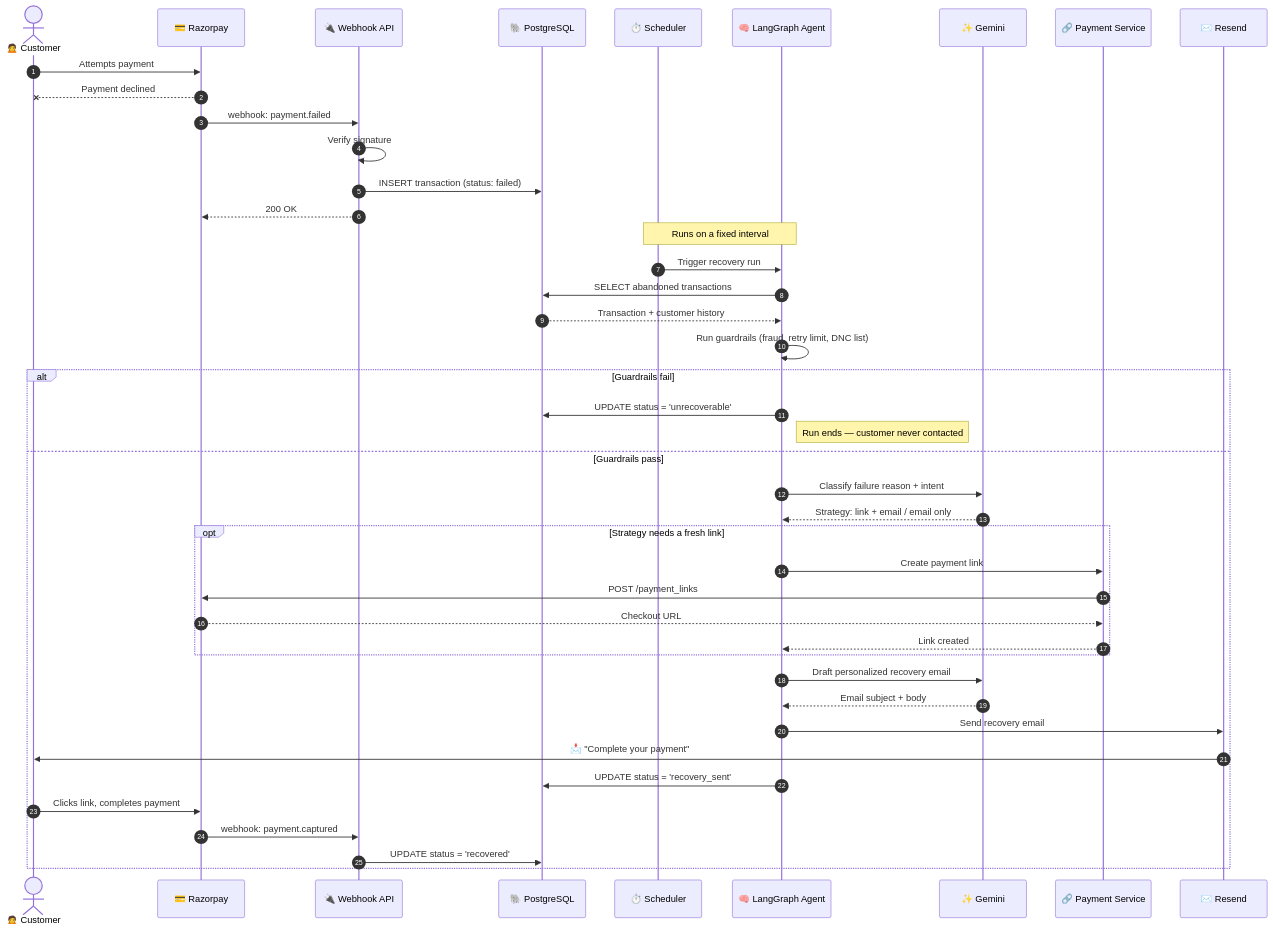
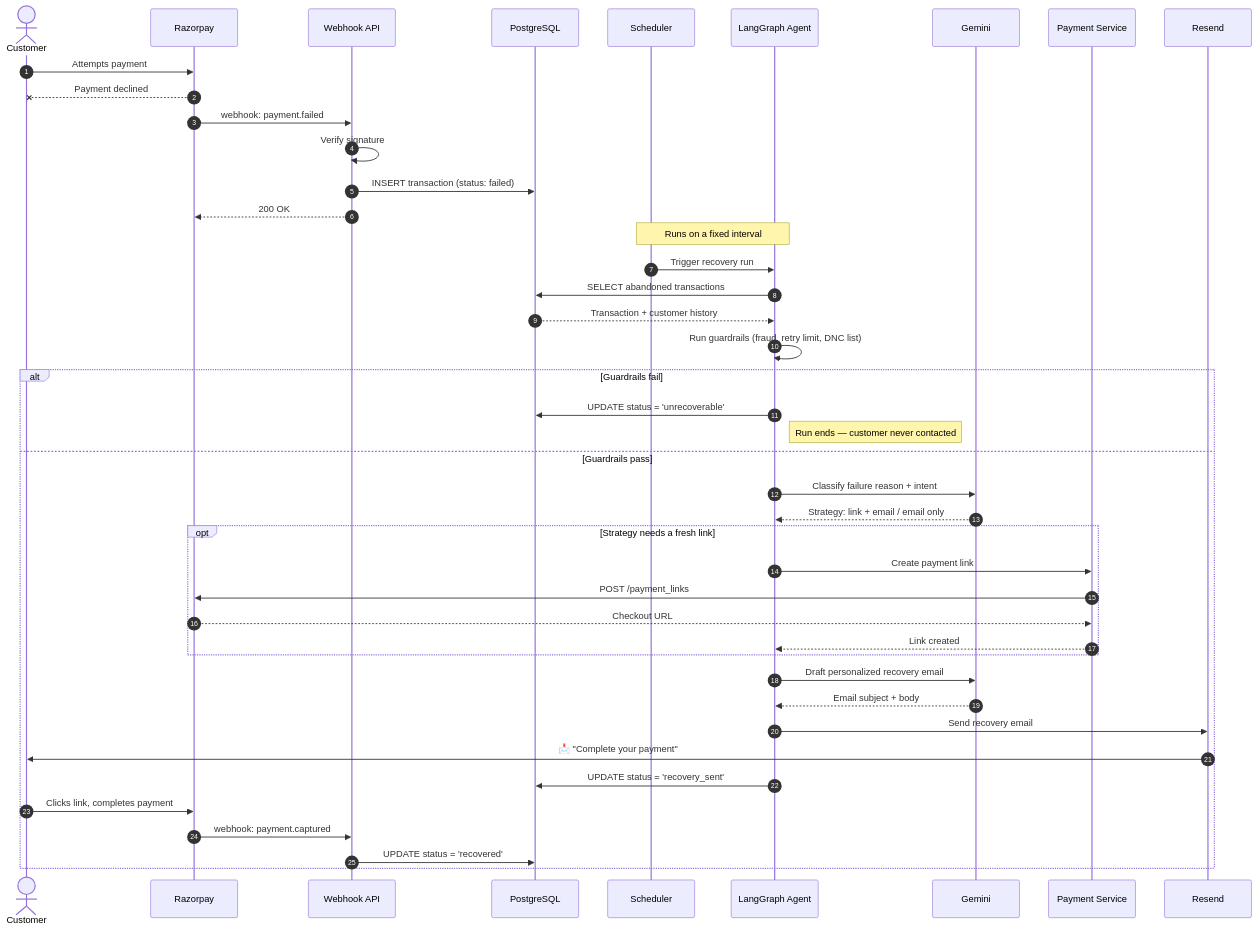
One commit to saurabhduhariya/Clawback changed the third of 3 diagrams in README.md. Above: the diagram before and after it, drawn with Mermaid. The commit also changed other lines of this file, not shown here.

Commit message:
refactor: Simplify diagram labels and remove emojis for clarity

````diff
--- a/README.md
+++ b/README.md
@@ -213,53 +213,53 @@
 ```mermaid
 sequenceDiagram
     autonumber
-    actor Cust as 🙍 Customer
-    participant RZP as 💳 Razorpay
-    participant API as 🔌 Webhook API
-    participant DB as 🐘 PostgreSQL
-    participant Cron as ⏱️ Scheduler
-    participant Agent as 🧠 LangGraph Agent
-    participant Gemini as ✨ Gemini
-    participant Pay as 🔗 Payment Service
-    participant Mail as ✉️ Resend
+    actor Cust as Customer
+    participant RZP as Razorpay
+    participant API as Webhook API
+    participant DB as PostgreSQL
+    participant Cron as Scheduler
+    participant Agent as LangGraph Agent
+    participant Gemini as Gemini
+    participant Pay as Payment Service
+    participant Mail as Resend
 
     Cust->>RZP: Attempts payment
     RZP--xCust: Payment declined
     RZP->>API: webhook: payment.failed
     API->>API: Verify signature
     API->>DB: INSERT transaction (status: failed)
     API-->>RZP: 200 OK
 
     Note over Cron,Agent: Runs on a fixed interval
     Cron->>Agent: Trigger recovery run
     Agent->>DB: SELECT abandoned transactions
     DB-->>Agent: Transaction + customer history
 
     Agent->>Agent: Run guardrails (fraud, retry limit, DNC list)
 
     alt Guardrails fail
         Agent->>DB: UPDATE status = 'unrecoverable'
         Note right of Agent: Run ends — customer never contacted
     else Guardrails pass
         Agent->>Gemini: Classify failure reason + intent
         Gemini-->>Agent: Strategy: link + email / email only
 
         opt Strategy needs a fresh link
             Agent->>Pay: Create payment link
             Pay->>RZP: POST /payment_links
             RZP-->>Pay: Checkout URL
             Pay-->>Agent: Link created
         end
 
         Agent->>Gemini: Draft personalized recovery email
         Gemini-->>Agent: Email subject + body
 
         Agent->>Mail: Send recovery email
         Mail->>Cust: 📩 "Complete your payment"
         Agent->>DB: UPDATE status = 'recovery_sent'
 
         Cust->>RZP: Clicks link, completes payment
         RZP->>API: webhook: payment.captured
         API->>DB: UPDATE status = 'recovered'
     end
 ```
````
